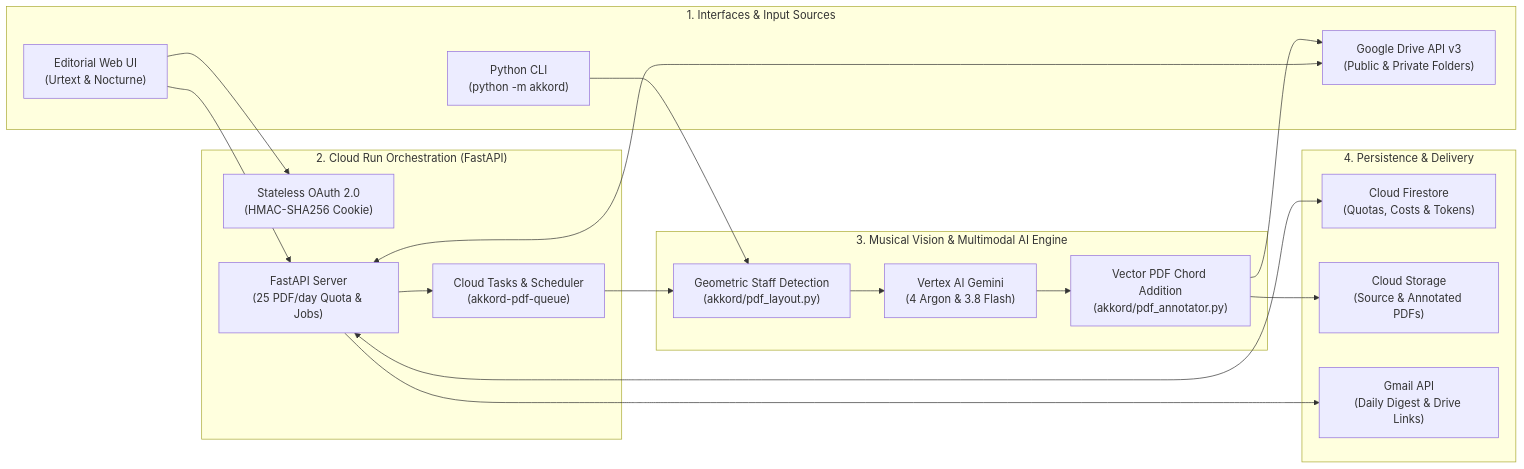
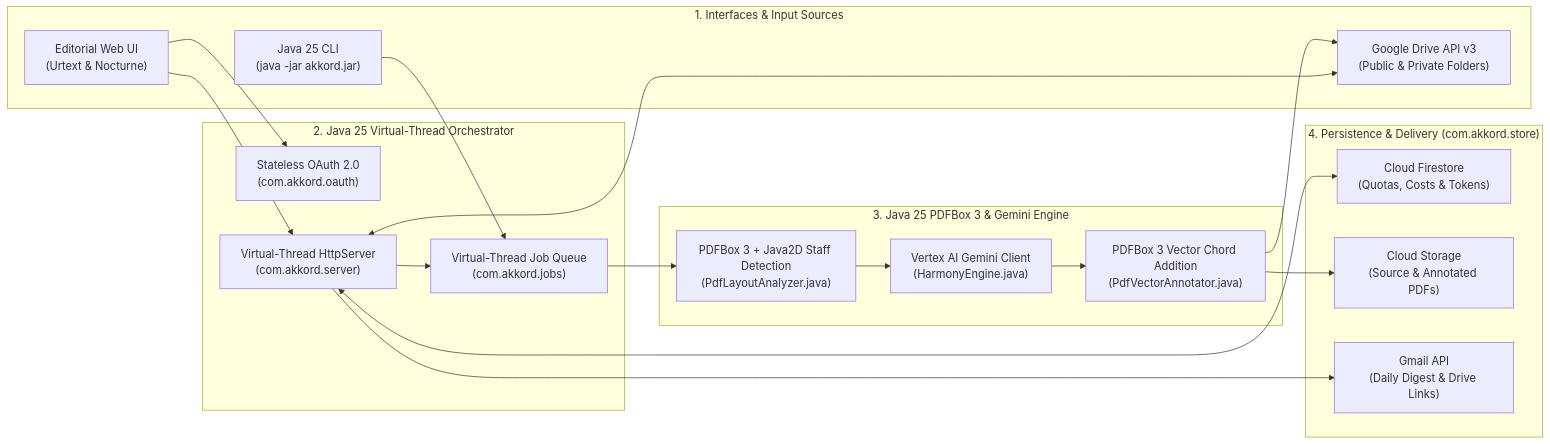
The diagram in README.md (alexismp/akkord), drawn with Mermaid before and after one commit. The commit also changed other lines of this file and 15 other files, not shown here.

Commit message:
feat: migrate Akkord to Modern Java 25 (Virtual Threads + Apache PDFBox 3, without GraalVM)

````diff
--- a/README.md
+++ b/README.md
@@ -37,39 +42,39 @@
 ```mermaid
 flowchart LR
     subgraph Client["1. Interfaces & Input Sources"]
         UI["Editorial Web UI\n(Urtext & Nocturne)"]
-        CLI["Python CLI\n(python -m akkord)"]
+        CLI["Java 25 CLI\n(java -jar akkord.jar)"]
         Drive["Google Drive API v3\n(Public & Private Folders)"]
     end
 
-    subgraph CloudRun["2. Cloud Run Orchestration (FastAPI)"]
-        OAuth["Stateless OAuth 2.0\n(HMAC-SHA256 Cookie)"]
-        API["FastAPI Server\n(25 PDF/day Quota & Jobs)"]
-        Tasks["Cloud Tasks & Scheduler\n(akkord-pdf-queue)"]
+    subgraph JavaServer["2. Java 25 Virtual-Thread Orchestrator"]
+        OAuth["Stateless OAuth 2.0\n(com.akkord.oauth)"]
+        API["Virtual-Thread HttpServer\n(com.akkord.server)"]
+        Queue["Virtual-Thread Job Queue\n(com.akkord.jobs)"]
     end
 
-    subgraph Engine["3. Musical Vision & Multimodal AI Engine"]
-        Layout["Geometric Staff Detection\n(akkord/pdf_layout.py)"]
-        Gemini["Vertex AI Gemini\n(4 Argon & 3.8 Flash)"]
-        Annotator["Vector PDF Chord Addition\n(akkord/pdf_annotator.py)"]
+    subgraph Engine["3. Java 25 PDFBox 3 & Gemini Engine"]
+        Layout["PDFBox 3 + Java2D Staff Detection\n(PdfLayoutAnalyzer.java)"]
+        Gemini["Vertex AI Gemini Client\n(HarmonyEngine.java)"]
+        Annotator["PDFBox 3 Vector Chord Addition\n(PdfVectorAnnotator.java)"]
     end
 
-    subgraph Storage["4. Persistence & Delivery"]
+    subgraph Storage["4. Persistence & Delivery (com.akkord.store)"]
         Firestore["Cloud Firestore\n(Quotas, Costs & Tokens)"]
         GCS["Cloud Storage\n(Source & Annotated PDFs)"]
         Gmail["Gmail API\n(Daily Digest & Drive Links)"]
     end
 
     UI --> OAuth
     UI --> API
-    CLI --> Layout
+    CLI --> Queue
     Drive <--> API
-    API --> Tasks
-    Tasks --> Layout
+    API --> Queue
+    Queue --> Layout
     Layout --> Gemini
     Gemini --> Annotator
     Annotator --> GCS
     Annotator --> Drive
     API <--> Firestore
     API --> Gmail
 ```
````
